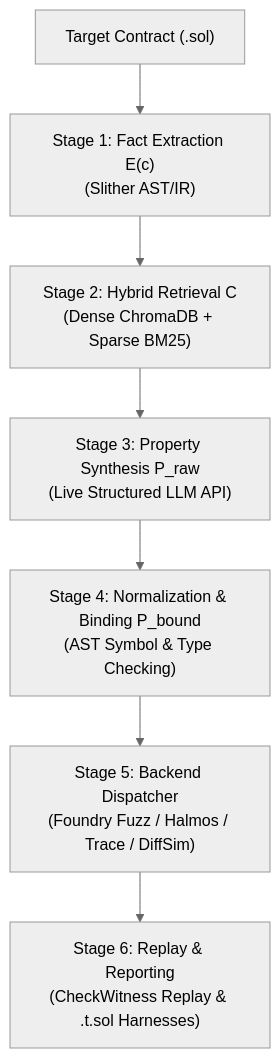
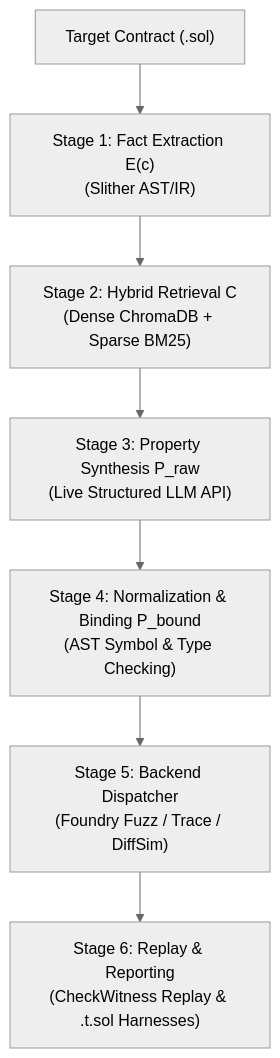
The diagram in README.md (VIVEK3764/SpecGuard-AA), drawn with Mermaid (neutral theme) before and after one commit. The commit also changed other lines of this file and 20 other files, not shown here.

````diff
--- a/README.md
+++ b/README.md
@@ -19,9 +21,9 @@
 ```mermaid
 flowchart TD
     A["Target Contract (.sol)"] --> B["Stage 1: Fact Extraction E(c)\n(Slither AST/IR)"]
     B --> C["Stage 2: Hybrid Retrieval C\n(Dense ChromaDB + Sparse BM25)"]
     C --> D["Stage 3: Property Synthesis P_raw\n(Live Structured LLM API)"]
     D --> E["Stage 4: Normalization & Binding P_bound\n(AST Symbol & Type Checking)"]
-    E --> F["Stage 5: Backend Dispatcher\n(Foundry Fuzz / Halmos / Trace / DiffSim)"]
+    E --> F["Stage 5: Backend Dispatcher\n(Foundry Fuzz / Trace / DiffSim)"]
     F --> G["Stage 6: Replay & Reporting\n(CheckWitness Replay & .t.sol Harnesses)"]
 ```
````
